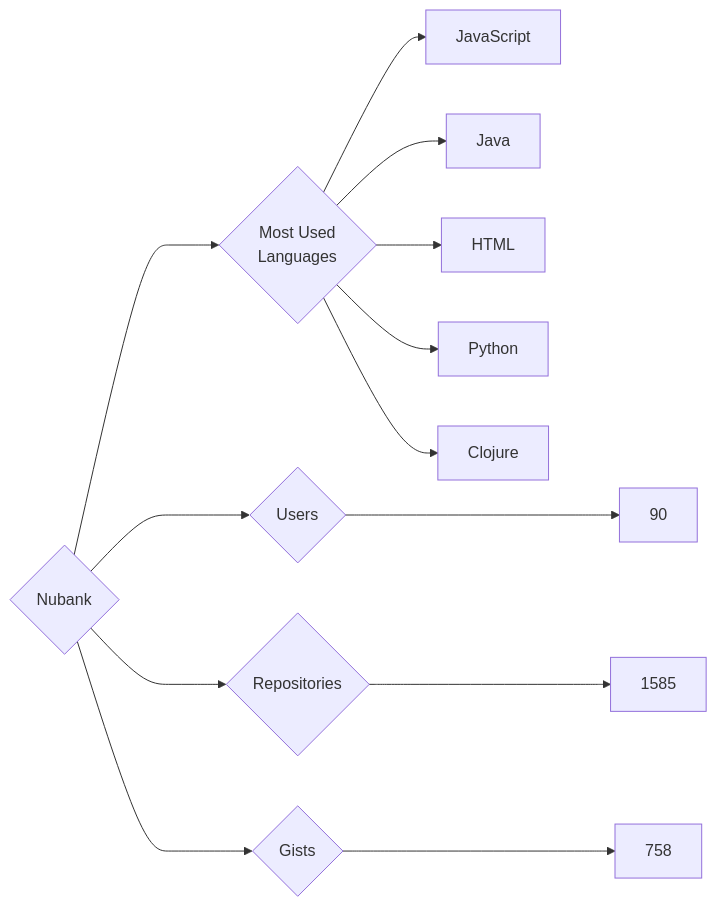
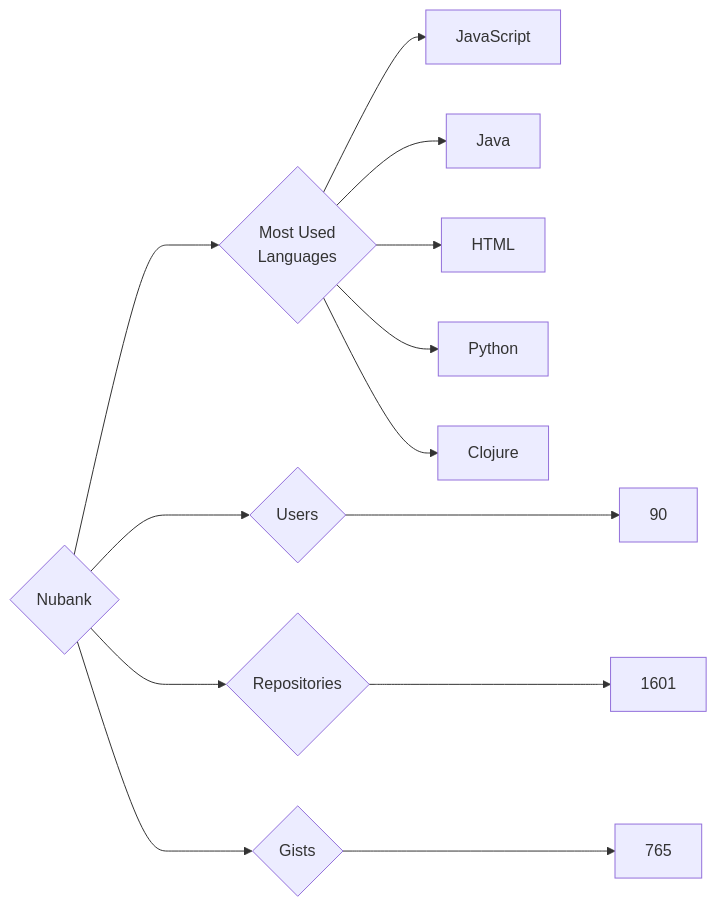
One commit to trickest/insiders changed the diagram in targets/Nubank/README.md. Above: the diagram before and after it, drawn with Mermaid. The commit also changed 797 other files, not shown here.

````diff
--- a/targets/Nubank/README.md
+++ b/targets/Nubank/README.md
@@ -3,13 +3,13 @@
 ```mermaid
 graph LR
 COMPANY_NAME{Nubank}
 COMPANY_NAME ---> U{Users} ---> UN[90]
-COMPANY_NAME ---> R{Repositories} ---> RN[1585]
-COMPANY_NAME ---> G{Gists} ---> GN[758]
+COMPANY_NAME ---> R{Repositories} ---> RN[1601]
+COMPANY_NAME ---> G{Gists} ---> GN[765]
 COMPANY_NAME ---> ML{Most Used<br>Languages}
 ML --> JavaScript[JavaScript]
 ML --> Java[Java]
 ML --> HTML[HTML]
 ML --> Python[Python]
 ML --> Clojure[Clojure]
 ```
````
